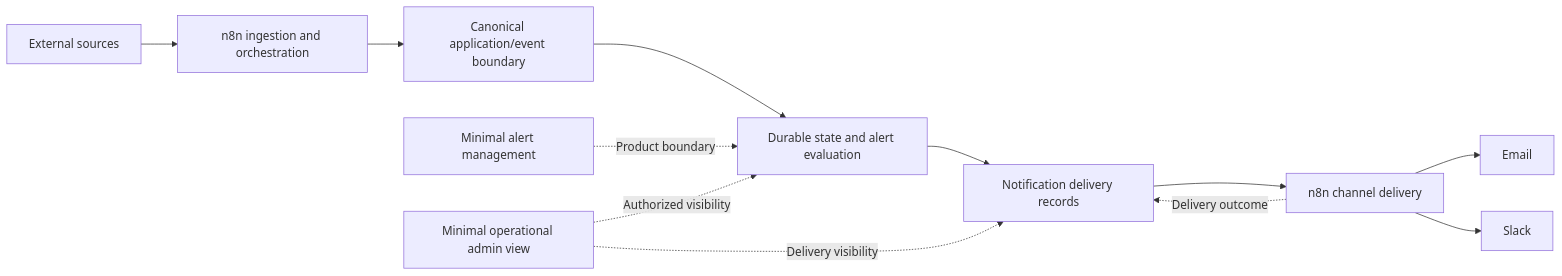
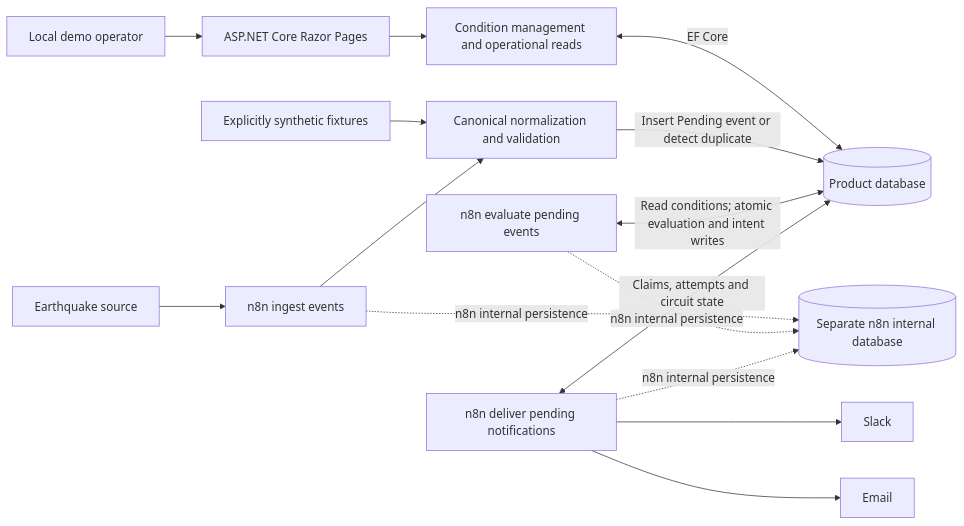
One commit to zskovacs/sonrisa-task04 changed the diagram in docs/04-architecture.md. Above: the diagram before and after it, drawn with Mermaid. The commit also changed other lines of this file and 23 other files, not shown here.

Commit message:
docs: record architecture decisions and system design

````diff
--- a/docs/04-architecture.md
+++ b/docs/04-architecture.md
@@ -7,14 +11,17 @@
 ```mermaid
 flowchart LR
-    Sources[External sources] --> Ingestion[n8n ingestion and orchestration]
-    Ingestion --> Boundary[Canonical application/event boundary]
-    Boundary --> Domain[Durable state and alert evaluation]
-    Domain --> Records[Notification delivery records]
-    Records --> Transport[n8n channel delivery]
-    Transport --> Email[Email]
-    Transport --> Slack[Slack]
-    Transport -. Delivery outcome .-> Records
-    Management[Minimal alert management] -. Product boundary .-> Domain
-    Admin[Minimal operational admin view] -. Authorized visibility .-> Domain
-    Admin -. Delivery visibility .-> Records
+    Operator[Local demo operator] --> UI[ASP.NET Core Razor Pages]
+    UI --> Services[Condition management and operational reads]
+    Services <-->|EF Core| ProductDB[(Product database)]
+    Sources[Earthquake source] --> Ingest[n8n ingest events]
+    Demo[Explicitly synthetic fixtures] --> Normalize[Canonical normalization and validation]
+    Ingest --> Normalize
+    Normalize -->|Insert Pending event or detect duplicate| ProductDB
+    Evaluate[n8n evaluate pending events] <-->|Read conditions; atomic evaluation and intent writes| ProductDB
+    Deliver[n8n deliver pending notifications] <-->|Claims, attempts and circuit state| ProductDB
+    Deliver --> Slack[Slack]
+    Deliver --> Email[Email]
+    Ingest -. n8n internal persistence .-> InternalDB[(Separate n8n internal database)]
+    Evaluate -. n8n internal persistence .-> InternalDB
+    Deliver -. n8n internal persistence .-> InternalDB
 ```
````
